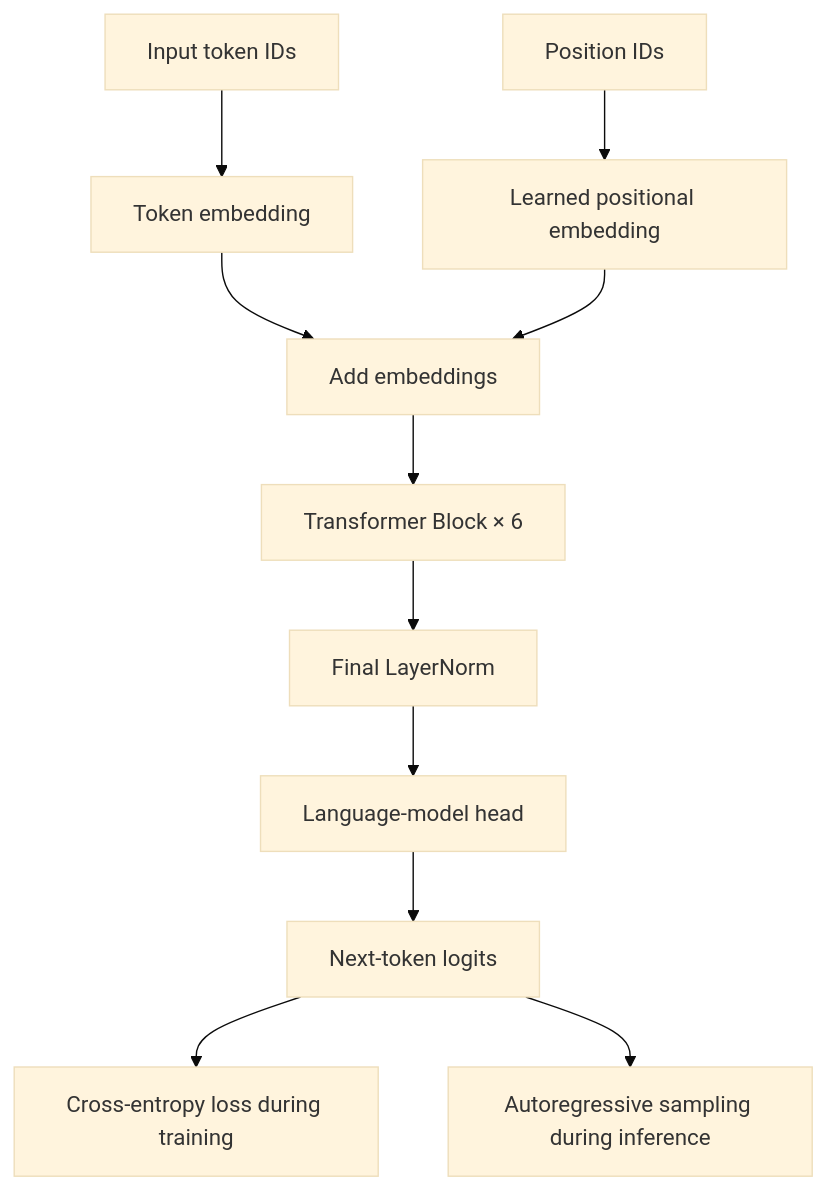
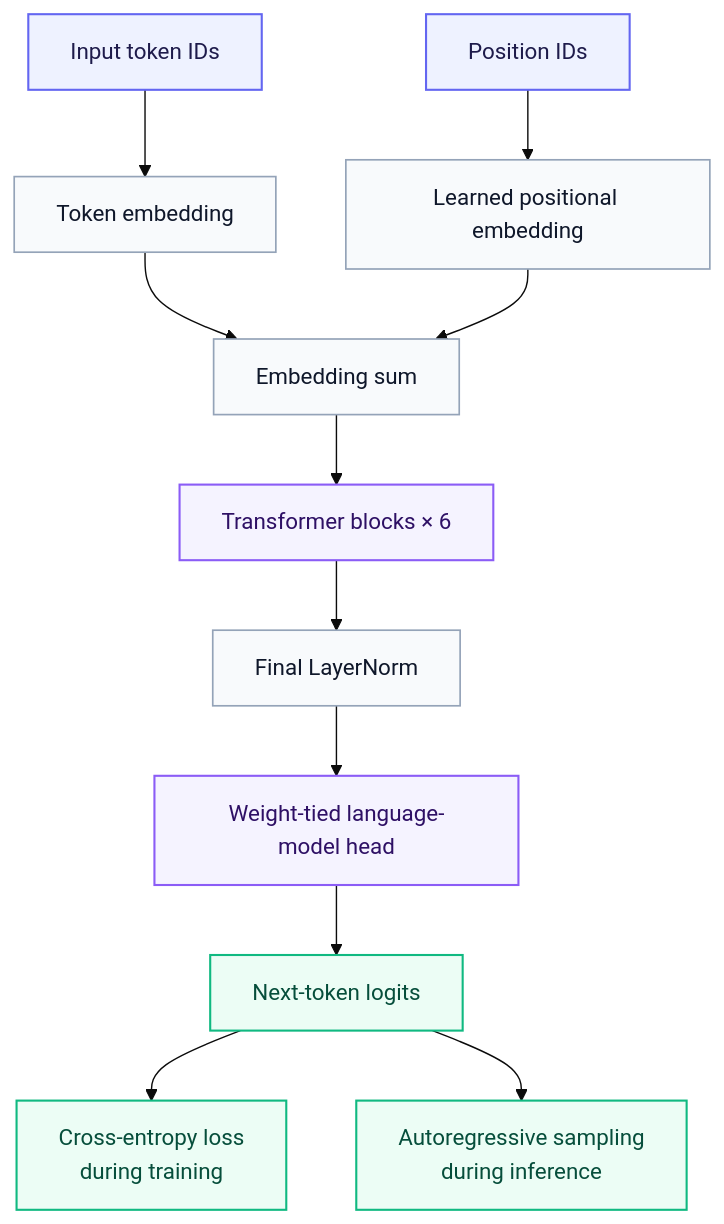
One commit to bhaskaranjappa/transformer-from-scratch changed the first of 3 diagrams in README.md. Above: the diagram before and after it, drawn with Mermaid (base theme). The commit also changed other lines of this file, not shown here.

Commit message:
docs: redesign transformer README to match flagship project style

````diff
--- a/README.md
+++ b/README.md
@@ -33,13 +77,23 @@
-```mermaid
-flowchart TD
-    A["Input token IDs"] --> B["Token embedding"]
-    P["Position IDs"] --> Q["Learned positional embedding"]
-    B --> C["Add embeddings"]
-    Q --> C
-    C --> D["Transformer Block × 6"]
-    D --> E["Final LayerNorm"]
-    E --> F["Language-model head"]
-    F --> G["Next-token logits"]
-    G --> H["Cross-entropy loss during training"]
-    G --> I["Autoregressive sampling during inference"]
-```
+~~~mermaid
+flowchart TB
+    TOK["Input token IDs"] --> EMB["Token embedding"]
+    POS["Position IDs"] --> PEMB["Learned positional embedding"]
+    EMB --> ADD["Embedding sum"]
+    PEMB --> ADD
+    ADD --> BLOCKS["Transformer blocks × 6"]
+    BLOCKS --> LN["Final LayerNorm"]
+    LN --> HEAD["Weight-tied language-model head"]
+    HEAD --> LOGITS["Next-token logits"]
+    LOGITS --> LOSS["Cross-entropy loss<br/>during training"]
+    LOGITS --> SAMPLE["Autoregressive sampling<br/>during inference"]
+
+    classDef input fill:#EEF2FF,stroke:#6366F1,color:#1E1B4B,stroke-width:1.5px
+    classDef process fill:#F8FAFC,stroke:#94A3B8,color:#0F172A,stroke-width:1.2px
+    classDef model fill:#F5F3FF,stroke:#8B5CF6,color:#2E1065,stroke-width:1.5px
+    classDef output fill:#ECFDF5,stroke:#10B981,color:#064E3B,stroke-width:1.5px
+
+    class TOK,POS input
+    class EMB,PEMB,ADD,LN process
+    class BLOCKS,HEAD model
+    class LOGITS,LOSS,SAMPLE output
+~~~
````
